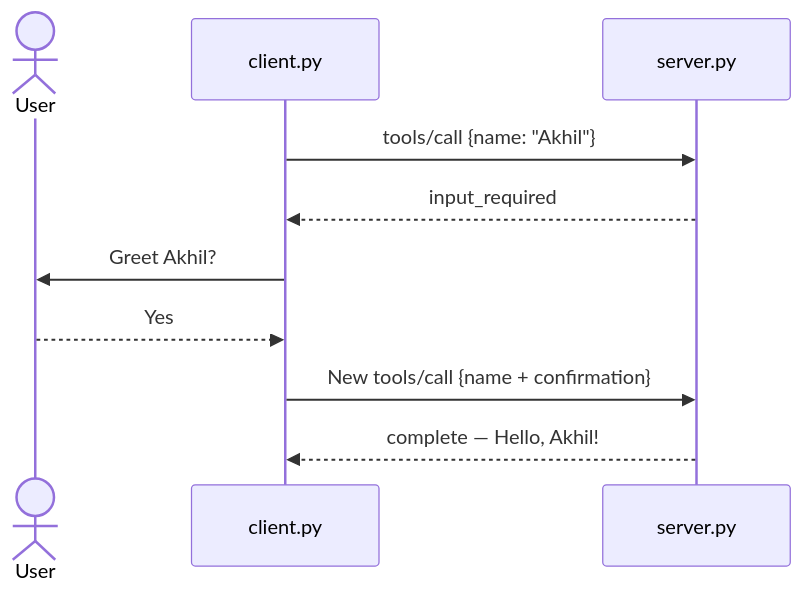
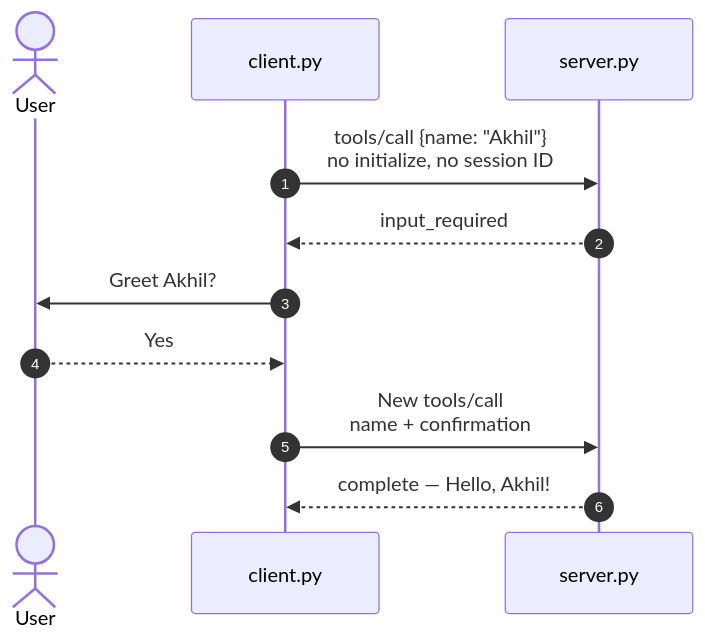
The third of 5 diagrams in README.md (cakhiltej9001-source/stateless-mcp-python-demo), drawn with Mermaid before and after one commit. The commit also changed other lines of this file, not shown here.

````diff
--- a/README.md
+++ b/README.md
@@ -89,13 +158,14 @@
 ```mermaid
 sequenceDiagram
+    autonumber
     actor User
     participant Client as client.py
     participant Server as server.py
 
-    Client->>Server: tools/call {name: "Akhil"}
+    Client->>Server: tools/call {name: "Akhil"}<br/>no initialize, no session ID
     Server-->>Client: input_required
     Client->>User: Greet Akhil?
     User-->>Client: Yes
-    Client->>Server: New tools/call {name + confirmation}
+    Client->>Server: New tools/call<br/>name + confirmation
     Server-->>Client: complete — Hello, Akhil!
 ```
````
